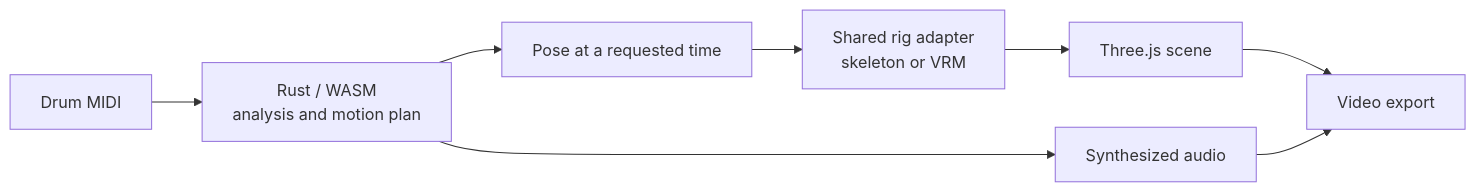
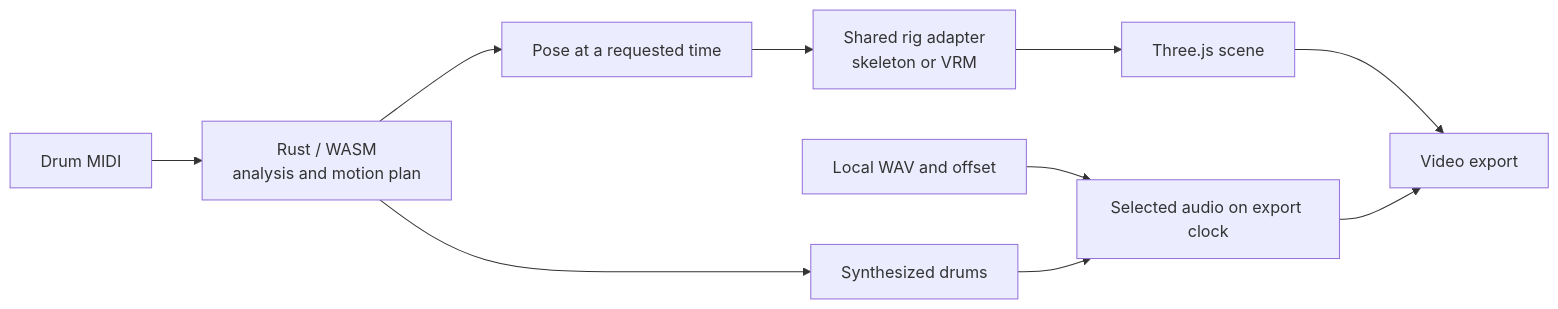
One commit to postmelee/drum-vrm changed the diagram in README.md. Above: the diagram before and after it, drawn with Mermaid. The commit also changed other lines of this file and 68 other files, not shown here.

````diff
--- a/README.md
+++ b/README.md
@@ -85,10 +88,12 @@
 ```mermaid
 flowchart LR
     MIDI[Drum MIDI] --> Engine[Rust / WASM<br/>analysis and motion plan]
     Engine --> Pose[Pose at a requested time]
     Pose --> Rig[Shared rig adapter<br/>skeleton or VRM]
     Rig --> Scene[Three.js scene]
-    Engine --> Audio[Synthesized audio]
+    Engine --> Synth[Synthesized drums]
+    WAV[Local WAV and offset] --> Audio[Selected audio on export clock]
+    Synth --> Audio
     Scene --> Video[Video export]
     Audio --> Video
 ```
````
